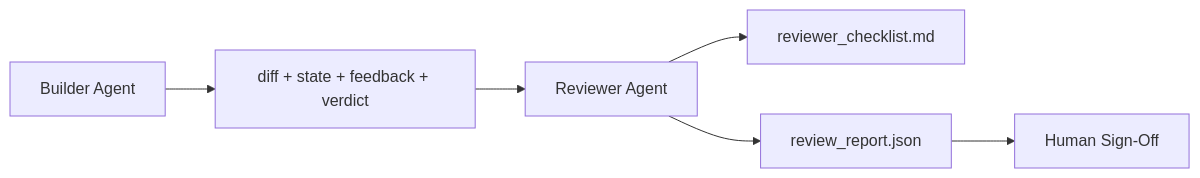
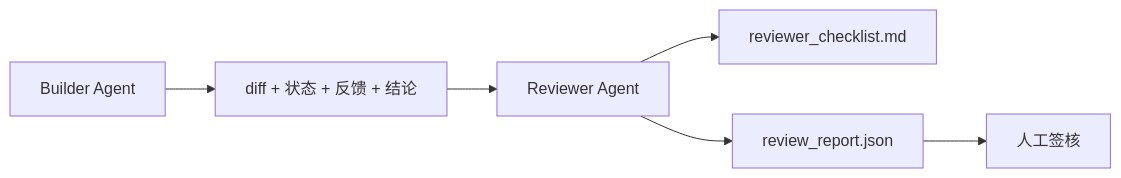
Before and after one commit to cluster1900/ai-engineering-from-scratch-zh: the diagram in phases/14-agent-engineering/39-reviewer-agent/docs/en.md, drawn with Mermaid. The commit also changed other lines of this file and 1 other file, not shown here.

````diff
--- a/phases/14-agent-engineering/39-reviewer-agent/docs/en.md
+++ b/phases/14-agent-engineering/39-reviewer-agent/docs/en.md
@@ -22,8 +25,8 @@
 ```mermaid
 flowchart LR
-  Builder[Builder Agent] --> Artifacts[diff + state + feedback + verdict]
+  Builder[Builder Agent] --> Artifacts[diff + 状态 + 反馈 + 结论]
   Artifacts --> Reviewer[Reviewer Agent]
   Reviewer --> Rubric[reviewer_checklist.md]
   Reviewer --> Report[review_report.json]
-  Report --> Human[Human Sign-Off]
+  Report --> Human[人工签核]
 ```
````
